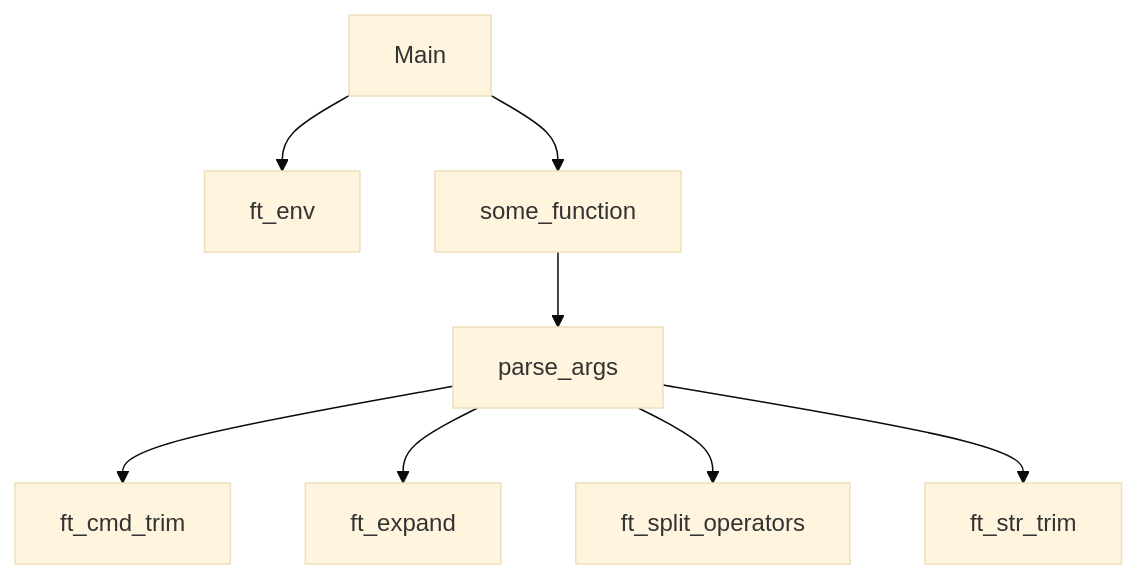
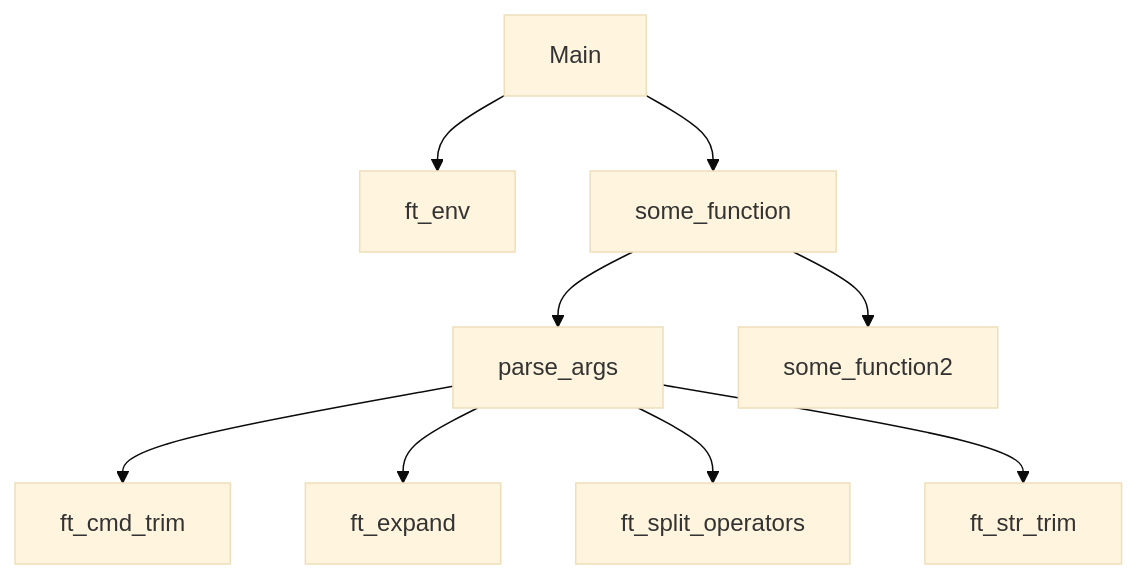
The diagram in README.md (DeRuina/minishell), drawn with Mermaid (base theme) before and after one commit. The commit also changed other lines of this file, not shown here.

````diff
--- a/README.md
+++ b/README.md
@@ -18,10 +3,11 @@
 ```mermaid
 flowchart TD
     A[Main] --> B[ft_env]
     A --> C[some_function]
     C --> D[parse_args]
     D --> E[ft_cmd_trim]
     D --> F[ft_expand]
     D --> G[ft_split_operators]
     D --> H[ft_str_trim]
+    C --> I[some_function2]
 ```
````
